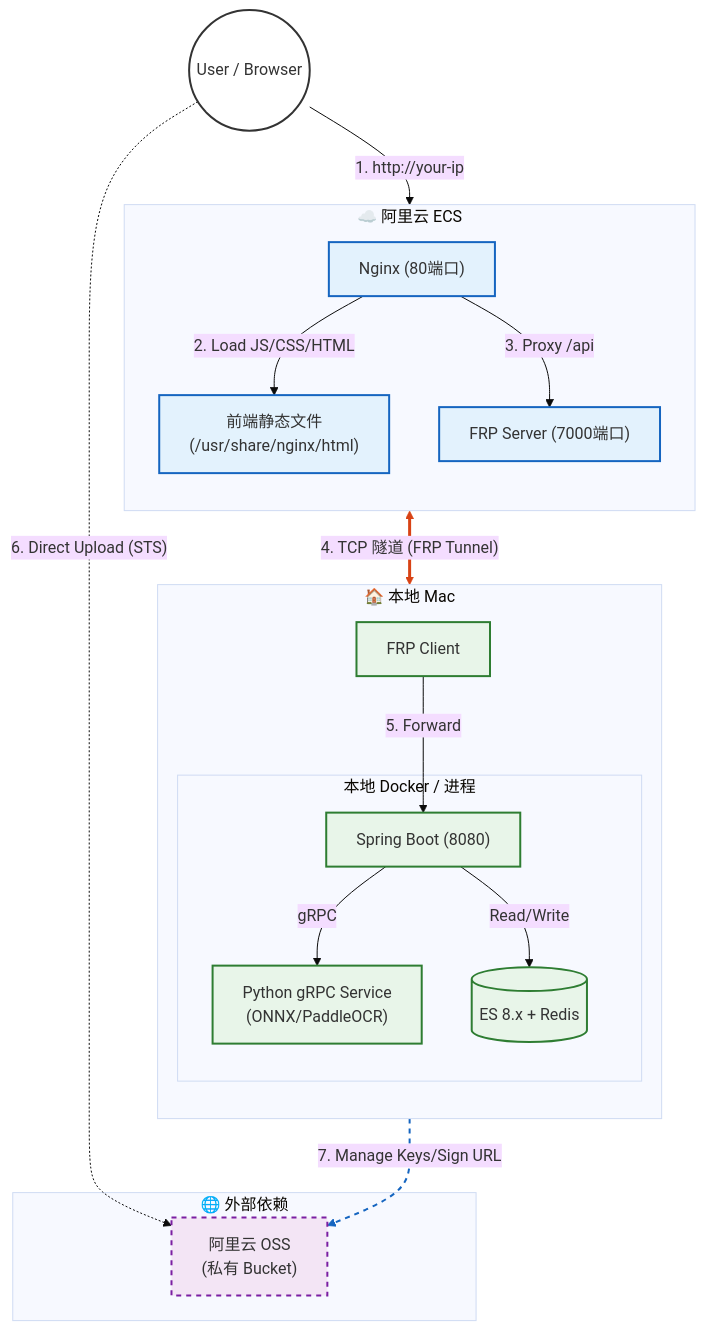
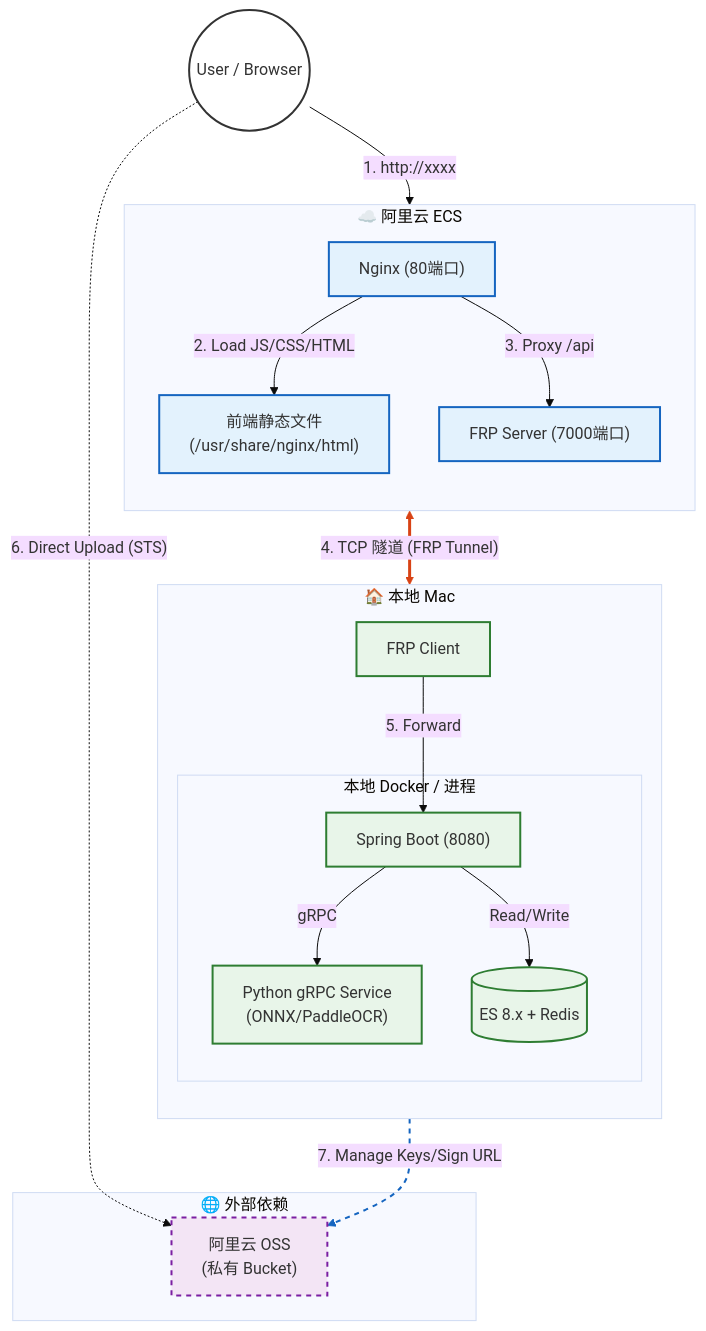
Before and after one commit to ryanmeowy/smart-vision: the second of 2 diagrams in README.md, drawn with Mermaid (base theme).

````diff
--- a/README.md
+++ b/README.md
@@ -192,61 +192,61 @@
 ```mermaid
 graph TD
     %% ================= 样式定义 =================
     classDef user fill:#ffffff,stroke:#333,stroke-width:2px;
     classDef cloud fill:#e3f2fd,stroke:#1565c0,stroke-width:2px;
     classDef edge fill:#e8f5e9,stroke:#2e7d32,stroke-width:2px;
     classDef saas fill:#f3e5f5,stroke:#7b1fa2,stroke-width:2px,stroke-dasharray: 5 5;
 
     %% ================= 外部用户 =================
     User((User / Browser)):::user
 
     %% ================= 云端节点 (流量入口) =================
     subgraph Cloud_Node ["☁️ 阿里云 ECS"]
         direction TB
         Nginx["Nginx (80端口)"]:::cloud
         FRPS["FRP Server (7000端口)"]:::cloud
         StaticFiles["前端静态文件<br>(/usr/share/nginx/html)"]:::cloud
     end
 
     %% ================= 边缘节点 (算力核心) =================
     subgraph Edge_Node ["🏠 本地 Mac"]
         direction TB
         FRPC[FRP Client]:::edge
         
         subgraph Local_Services [本地 Docker / 进程]
             Java["Spring Boot (8080)"]:::edge
             Python["Python gRPC Service<br>(ONNX/PaddleOCR)"]:::edge
             DB[(ES 8.x + Redis)]:::edge
         end
     end
 
     %% ================= 外部 SaaS =================
     subgraph External_SaaS [🌐 外部依赖]
         OSS["阿里云 OSS<br>(私有 Bucket)"]:::saas
     end
 
     %% ================= 流量链路 =================
 
     %% 1. HTTP 访问
-    User -- "1. http://your-ip" --> Nginx
+    User -- "1. http://xxxx" --> Nginx
 
     %% 2. 静态资源 (云端直接返回，极快)
     Nginx -- "2. Load JS/CSS/HTML" --> StaticFiles
 
     %% 3. 动态请求 (穿透)
     Nginx -- "3. Proxy /api" --> FRPS
     FRPS <== "4. TCP 隧道 (FRP Tunnel)" ==> FRPC
     FRPC -- "5. Forward" --> Java
 
     %% 4. 本地计算
     Java -- "gRPC" --> Python
     Java -- "Read/Write" --> DB
 
     %% 5. OSS 直传 (绕过服务器)
     User -.->|"6. Direct Upload (STS)"| OSS
     Java -.->|"7. Manage Keys/Sign URL"| OSS
 
     %% ================= 样式微调 =================
     linkStyle 3 stroke:#d84315,stroke-width:3px;
     linkStyle 8 stroke:#1565c0,stroke-width:2px,stroke-dasharray: 5 5; 
 ```
````
